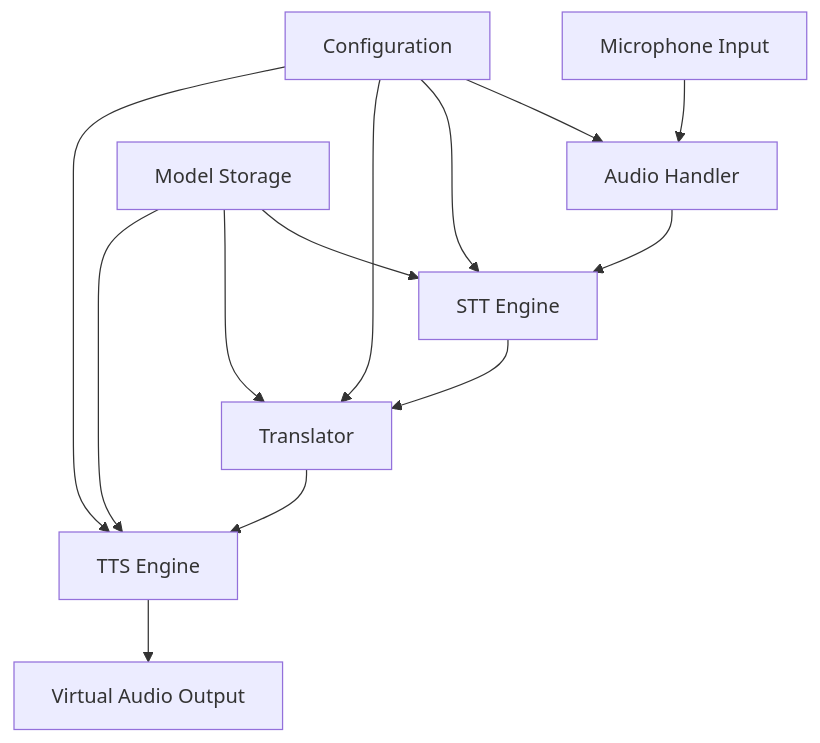
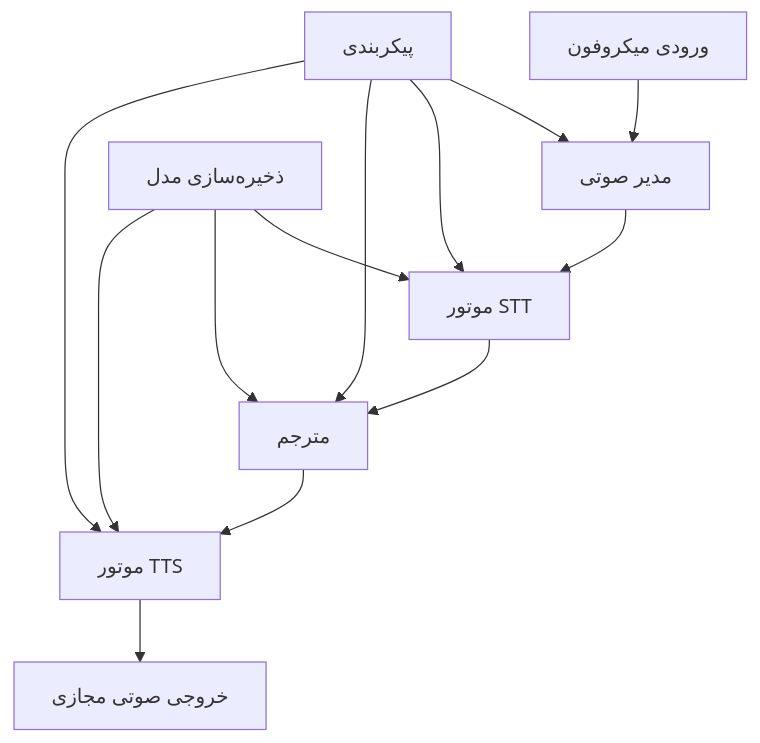
One commit to SirTypeOfficial/LinguaStream changed the first of 3 diagrams in ARCHITECTURE.md. Above: the diagram before and after it, drawn with Mermaid. The commit also changed other lines of this file and 7 other files, not shown here.

Commit message:
Translate API and architecture documentation to Persian, update README and contributing guidelines, and enhance deployment instructions for VoiceBridge. Add configuration settings for voice cloning and system requirements.

````diff
--- a/ARCHITECTURE.md
+++ b/ARCHITECTURE.md
@@ -9,17 +9,17 @@
 ```mermaid
 graph TB
-    A[Microphone Input] --> B[Audio Handler]
-    B --> C[STT Engine]
-    C --> D[Translator]
-    D --> E[TTS Engine]
-    E --> F[Virtual Audio Output]
+    A[ورودی میکروفون] --> B[مدیر صوتی]
+    B --> C[موتور STT]
+    C --> D[مترجم]
+    D --> E[موتور TTS]
+    E --> F[خروجی صوتی مجازی]
     
-    G[Configuration] --> B
+    G[پیکربندی] --> B
     G --> C
     G --> D
     G --> E
     
-    H[Model Storage] --> C
+    H[ذخیره‌سازی مدل] --> C
     H --> D
     H --> E
 ```
````
